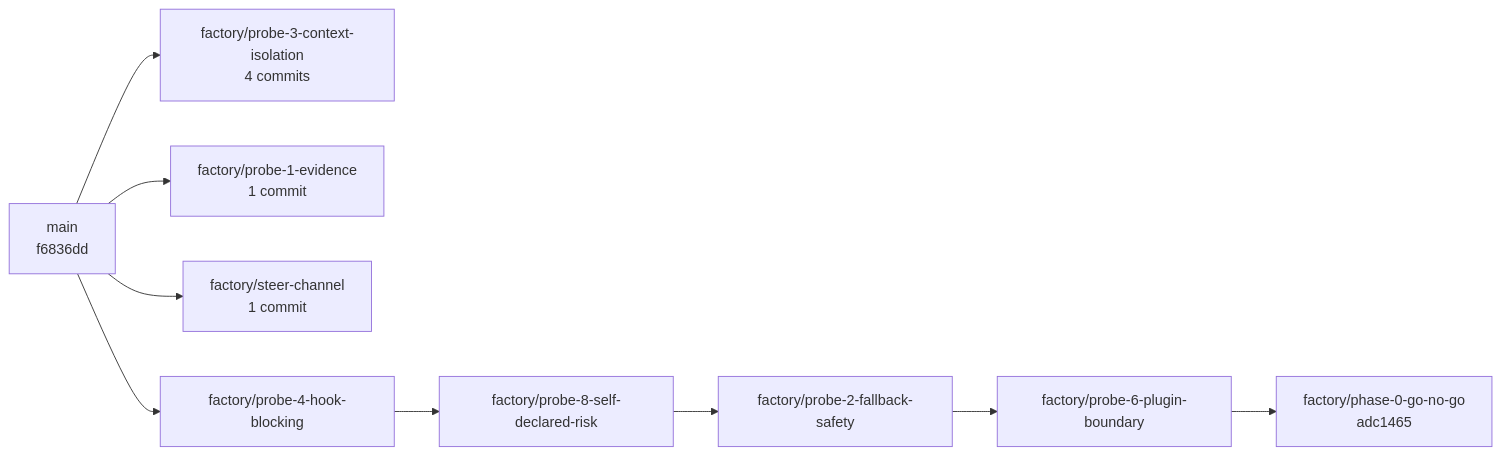
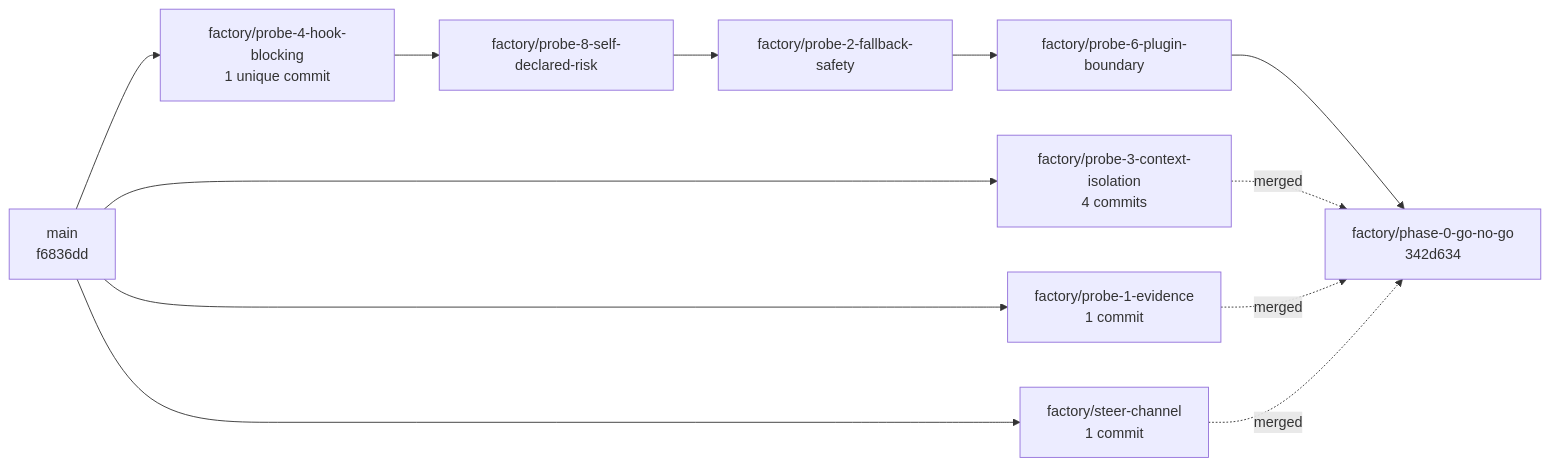
Before and after one commit to Roderick-Clemente/adversarial-sprint: the diagram in droid-wiki/by-the-numbers.md, drawn with Mermaid. The commit also changed other lines of this file and 7 other files, not shown here.

````diff
--- a/droid-wiki/by-the-numbers.md
+++ b/droid-wiki/by-the-numbers.md
@@ -115,17 +117,20 @@
 ```mermaid
 flowchart LR
   main["main<br/>f6836dd"]
   p3["factory/probe-3-context-isolation<br/>4 commits"]
   p1["factory/probe-1-evidence<br/>1 commit"]
   st["factory/steer-channel<br/>1 commit"]
-  p4["factory/probe-4-hook-blocking"]
+  p4["factory/probe-4-hook-blocking<br/>1 unique commit"]
   p8["factory/probe-8-self-declared-risk"]
   p2["factory/probe-2-fallback-safety"]
   p6["factory/probe-6-plugin-boundary"]
-  go["factory/phase-0-go-no-go<br/>adc1465"]
+  go["factory/phase-0-go-no-go<br/>342d634"]
 
   main --> p3
   main --> p1
   main --> st
   main --> p4 --> p8 --> p2 --> p6 --> go
+  p3 -.merged.-> go
+  p1 -.merged.-> go
+  st -.merged.-> go
 ```
````
